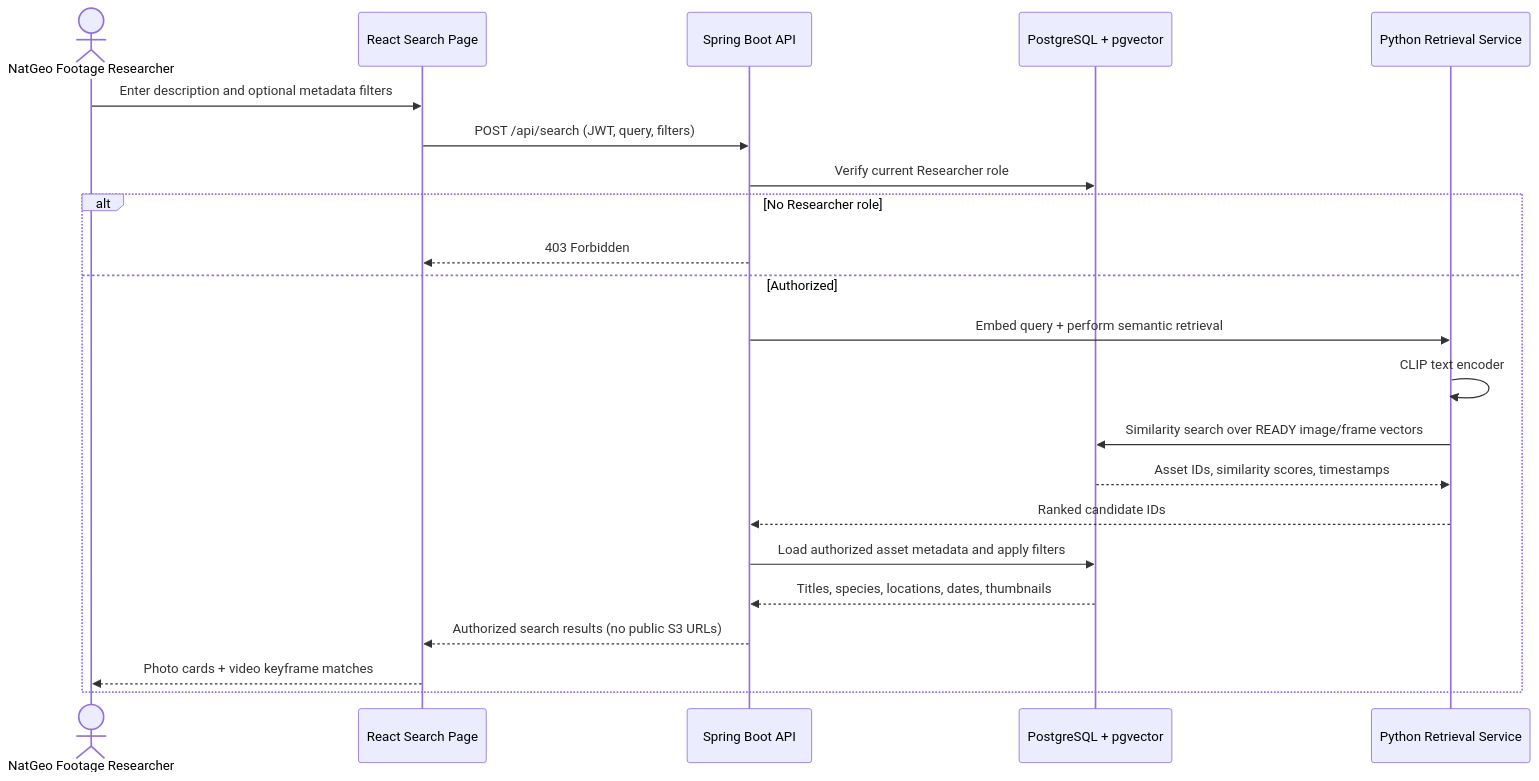
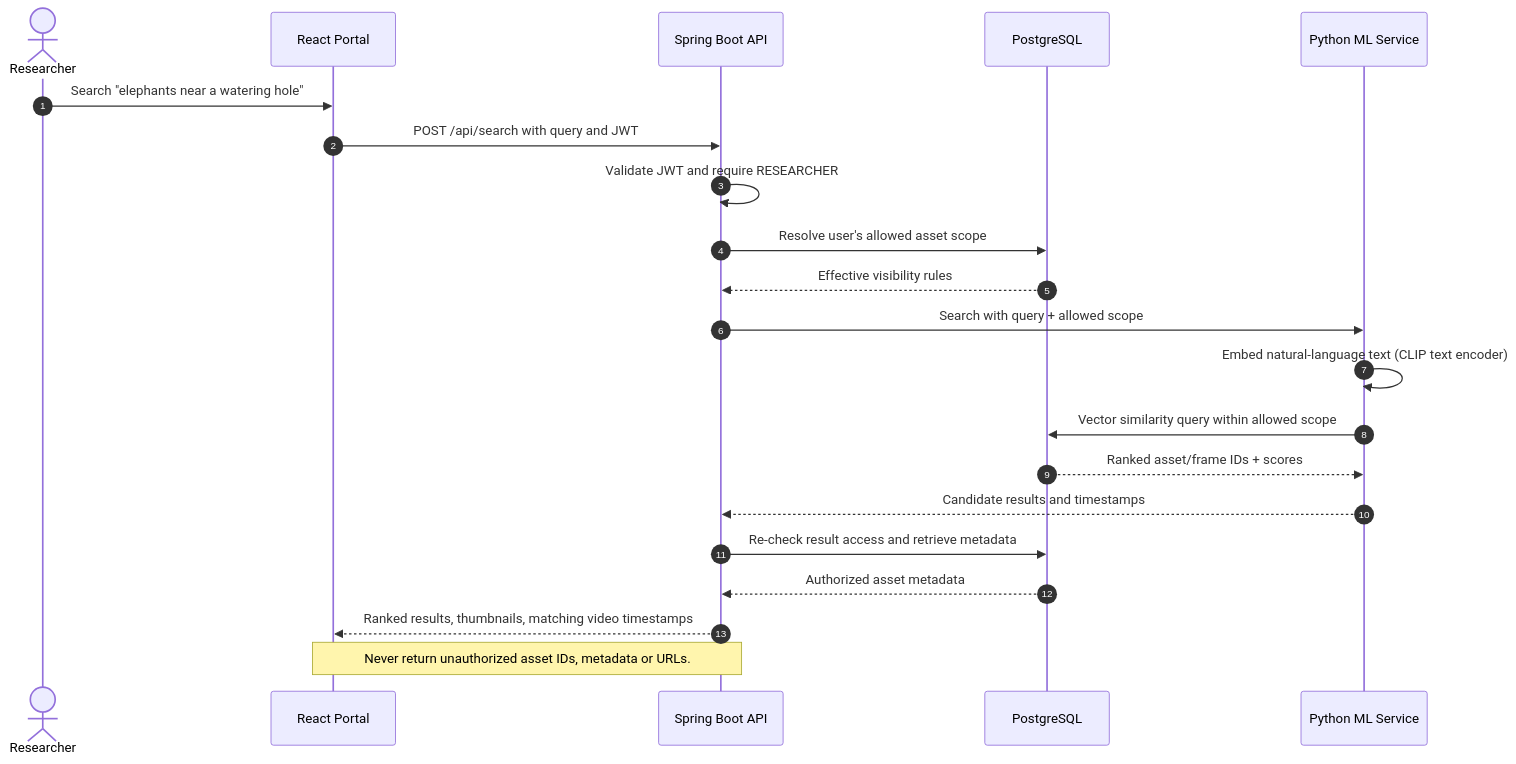
The fifth of 7 diagrams in docs/design/NATGEO_STAKEHOLDER_DESIGN.md (mathewpius19/Media-Mesh), drawn with Mermaid before and after one commit. The commit also changed other lines of this file, not shown here.

First line of the commit message:
Revise MediaMesh design proposal for broader scope

````diff
--- a/docs/design/NATGEO_STAKEHOLDER_DESIGN.md
+++ b/docs/design/NATGEO_STAKEHOLDER_DESIGN.md
@@ -193,24 +208,23 @@
 ```mermaid
 sequenceDiagram
-    actor R as NatGeo Footage Researcher
-    participant W as React Search Page
-    participant B as Spring Boot API
-    participant D as PostgreSQL + pgvector
-    participant M as Python Retrieval Service
-    R->>W: Enter description and optional metadata filters
-    W->>B: POST /api/search (JWT, query, filters)
-    B->>D: Verify current Researcher role
-    alt No Researcher role
-        B-->>W: 403 Forbidden
-    else Authorized
-        B->>M: Embed query + perform semantic retrieval
-        M->>M: CLIP text encoder
-        M->>D: Similarity search over READY image/frame vectors
-        D-->>M: Asset IDs, similarity scores, timestamps
-        M-->>B: Ranked candidate IDs
-        B->>D: Load authorized asset metadata and apply filters
-        D-->>B: Titles, species, locations, dates, thumbnails
-        B-->>W: Authorized search results (no public S3 URLs)
-        W-->>R: Photo cards + video keyframe matches
-    end
+    autonumber
+    actor Researcher
+    participant Web as React Portal
+    participant API as Spring Boot API
+    participant DB as PostgreSQL
+    participant ML as Python ML Service
+    Researcher->>Web: Search "elephants near a watering hole"
+    Web->>API: POST /api/search with query and JWT
+    API->>API: Validate JWT and require RESEARCHER
+    API->>DB: Resolve user's allowed asset scope
+    DB-->>API: Effective visibility rules
+    API->>ML: Search with query + allowed scope
+    ML->>ML: Embed natural-language text (CLIP text encoder)
+    ML->>DB: Vector similarity query within allowed scope
+    DB-->>ML: Ranked asset/frame IDs + scores
+    ML-->>API: Candidate results and timestamps
+    API->>DB: Re-check result access and retrieve metadata
+    DB-->>API: Authorized asset metadata
+    API-->>Web: Ranked results, thumbnails, matching video timestamps
+    Note over Web,API: Never return unauthorized asset IDs, metadata or URLs.
 ```
````
